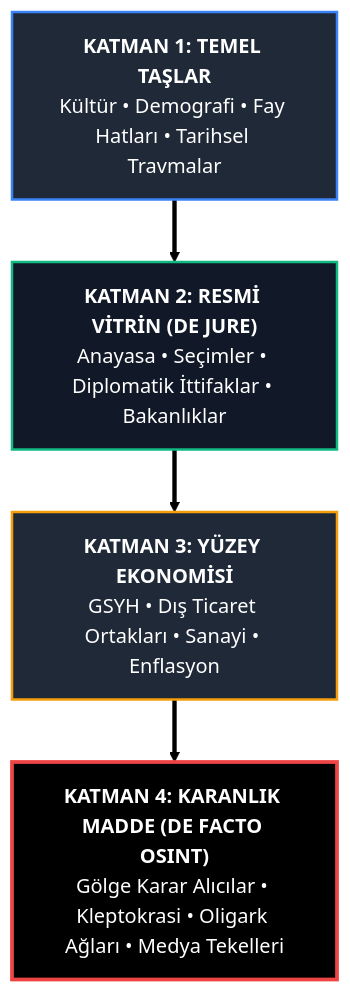
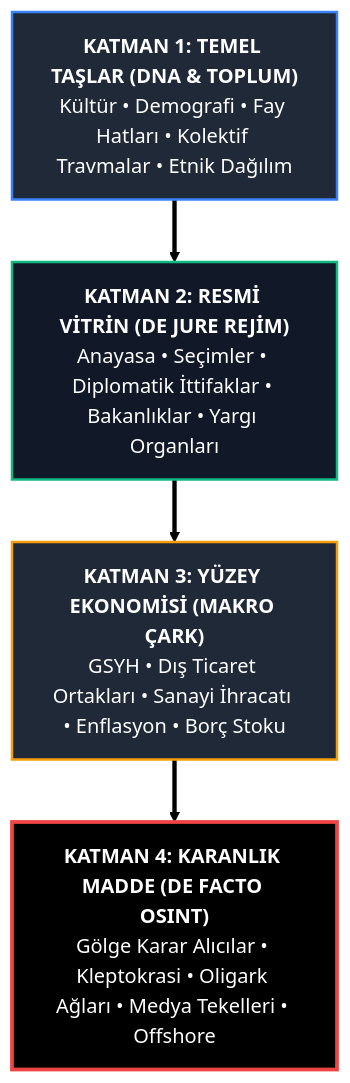
The first of 2 diagrams in README.md (bahattinyunus/Global-X-Ray), drawn with Mermaid (forest theme) before and after one commit. The commit also changed other lines of this file and 4939 other files, not shown here.

````diff
--- a/README.md
+++ b/README.md
@@ -42,14 +85,14 @@
 ```mermaid
 graph TD
     classDef l1 fill:#1f2937,stroke:#3b82f6,stroke-width:2px,color:#fff;
     classDef l2 fill:#111827,stroke:#10b981,stroke-width:2px,color:#fff;
     classDef l3 fill:#1f2937,stroke:#f59e0b,stroke-width:2px,color:#fff;
     classDef l4 fill:#000000,stroke:#ef4444,stroke-width:3px,color:#fff;
 
-    L1["<b>KATMAN 1: TEMEL TAŞLAR</b><br/>Kültür • Demografi • Fay Hatları • Tarihsel Travmalar"]:::l1
-    L2["<b>KATMAN 2: RESMİ VİTRİN (DE JURE)</b><br/>Anayasa • Seçimler • Diplomatik İttifaklar • Bakanlıklar"]:::l2
-    L3["<b>KATMAN 3: YÜZEY EKONOMİSİ</b><br/>GSYH • Dış Ticaret Ortakları • Sanayi • Enflasyon"]:::l3
-    L4["<b>KATMAN 4: KARANLIK MADDE (DE FACTO OSINT)</b><br/>Gölge Karar Alıcılar • Kleptokrasi • Oligark Ağları • Medya Tekelleri"]:::l4
+    L1["<b>KATMAN 1: TEMEL TAŞLAR (DNA & TOPLUM)</b><br/>Kültür • Demografi • Fay Hatları • Kolektif Travmalar • Etnik Dağılım"]:::l1
+    L2["<b>KATMAN 2: RESMİ VİTRİN (DE JURE REJİM)</b><br/>Anayasa • Seçimler • Diplomatik İttifaklar • Bakanlıklar • Yargı Organları"]:::l2
+    L3["<b>KATMAN 3: YÜZEY EKONOMİSİ (MAKRO ÇARK)</b><br/>GSYH • Dış Ticaret Ortakları • Sanayi İhracatı • Enflasyon • Borç Stoku"]:::l3
+    L4["<b>KATMAN 4: KARANLIK MADDE (DE FACTO OSINT)</b><br/>Gölge Karar Alıcılar • Kleptokrasi • Oligark Ağları • Medya Tekelleri • Offshore"]:::l4
 
     L1 ==> L2 ==> L3 ==> L4
 ```
````
